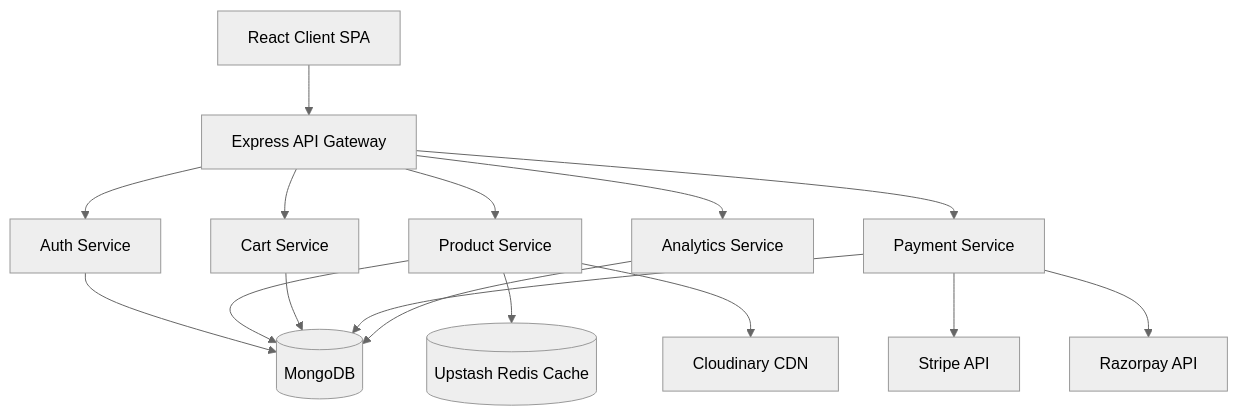
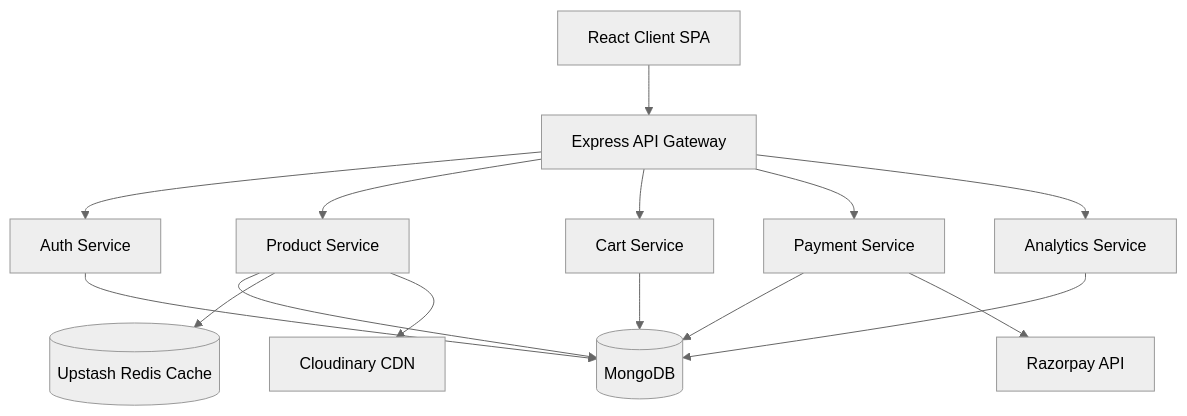
Before and after one commit to Moss-X/Website: the first of 2 diagrams in README.md, drawn with Mermaid (neutral theme). The commit also changed other lines of this file and 1 other file, not shown here.

First line of the commit message:
docs: document seeding, design system and payment flow

````diff
--- a/README.md
+++ b/README.md
@@ -67,22 +69,21 @@
 ```mermaid
 graph TD
     Client[React Client SPA] --> API[Express API Gateway]
 
     API --> Auth[Auth Service]
     API --> Product[Product Service]
     API --> Cart[Cart Service]
     API --> Payment[Payment Service]
     API --> Analytics[Analytics Service]
 
     Auth --> Mongo[(MongoDB)]
     Product --> Mongo
     Product --> Redis[(Upstash Redis Cache)]
     Cart --> Mongo
     Payment --> Mongo
     Analytics --> Mongo
 
-    Payment --> Stripe[Stripe API]
     Payment --> Razorpay[Razorpay API]
 
     Product --> Cloudinary[Cloudinary CDN]
 ```
````
